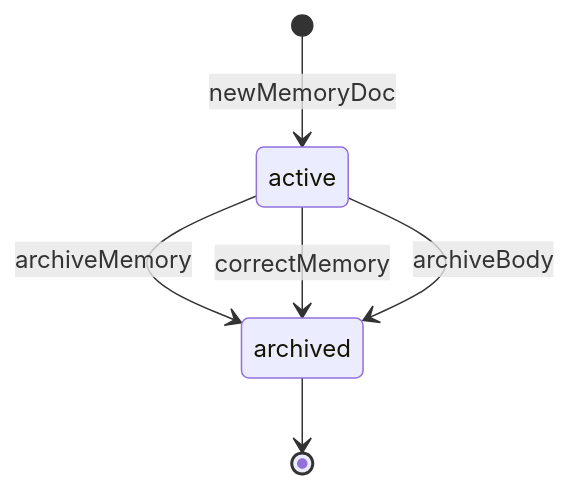
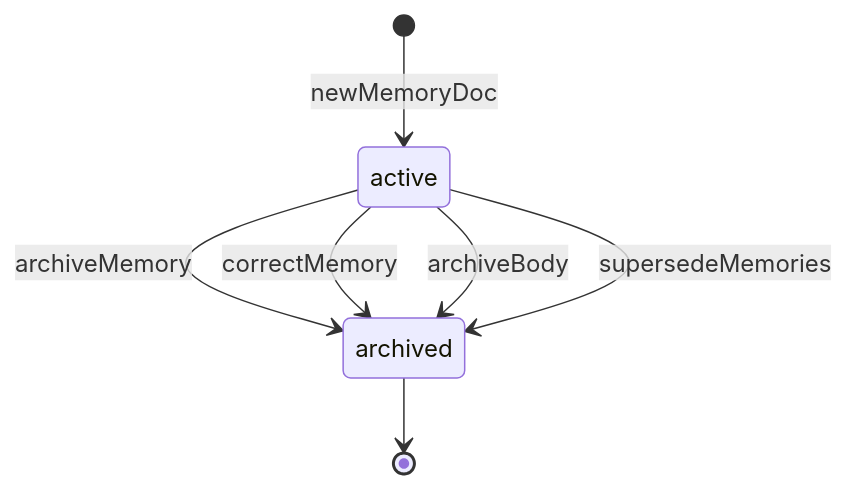
The second of 4 diagrams in docs/codebase/behavior/state-machines.md (memhtml/memhtml), drawn with Mermaid before and after one commit. The commit also changed other lines of this file and 10 other files, not shown here.

````diff
--- a/docs/codebase/behavior/state-machines.md
+++ b/docs/codebase/behavior/state-machines.md
@@ -38,8 +38,9 @@
 ```mermaid
 stateDiagram-v2
   [*] --> active: newMemoryDoc
   active --> archived: archiveMemory
   active --> archived: correctMemory
   active --> archived: archiveBody
+  active --> archived: supersedeMemories
   archived --> [*]
 ```
````
